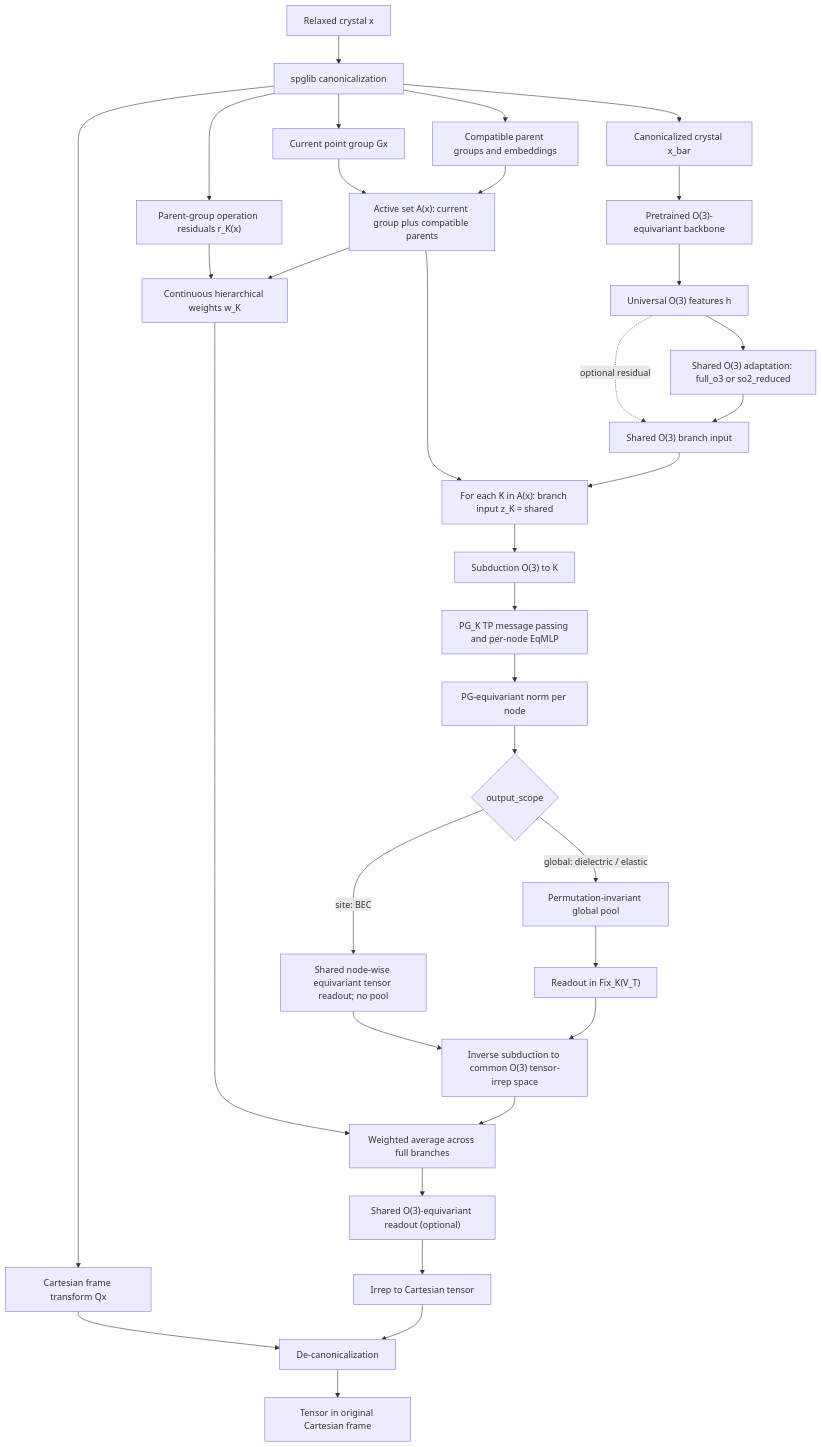
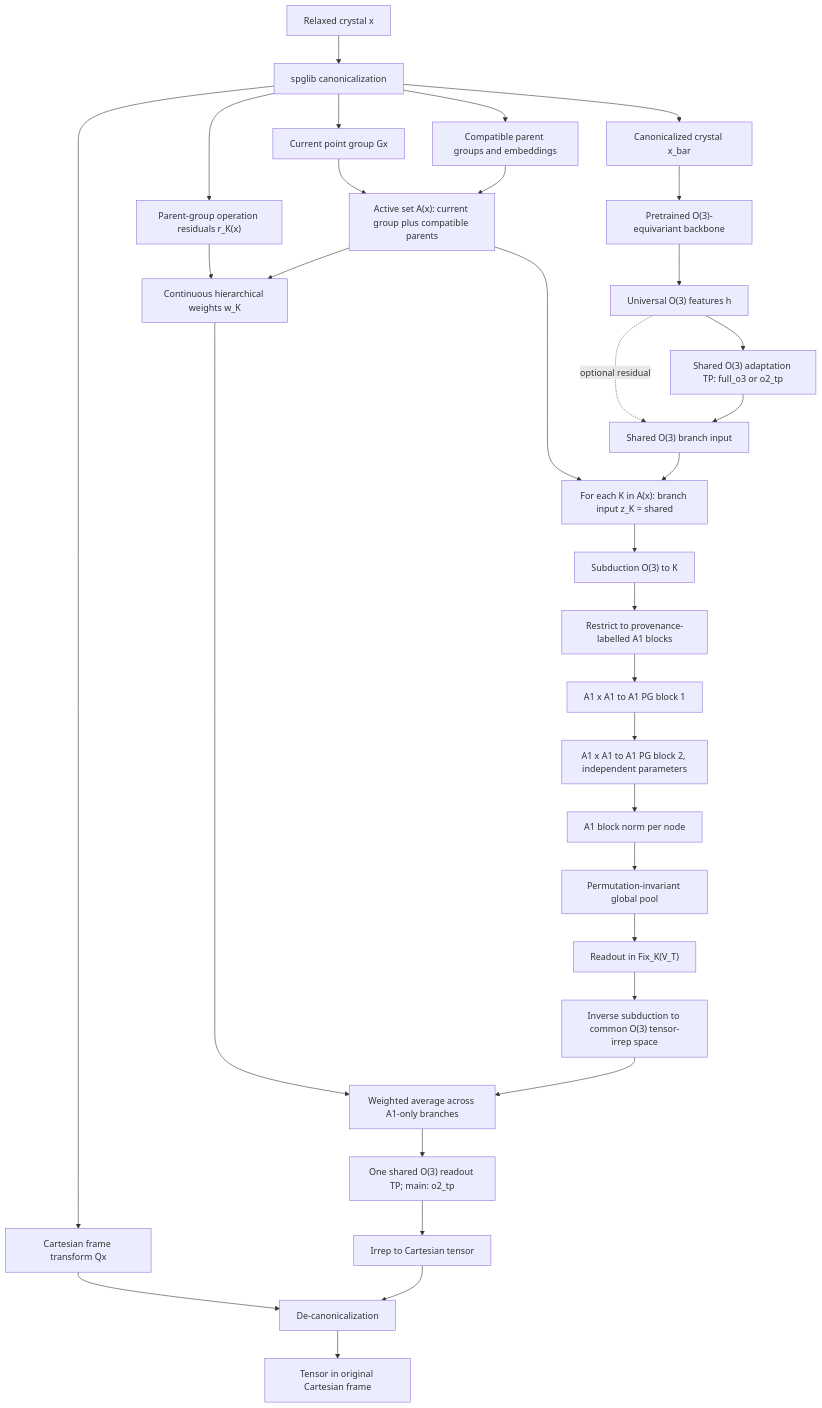
Before and after one commit to Mingzhe-Xuan/expert: the first of 2 diagrams in proposal.md, drawn with Mermaid. The commit also changed other lines of this file and 44 other files, not shown here.

````diff
--- a/proposal.md
+++ b/proposal.md
@@ -1127,41 +1137,40 @@
 ```mermaid
 flowchart TD
     X["Relaxed crystal x"] --> C["spglib canonicalization"]
     C --> G["Current point group Gx"]
     C --> A["Compatible parent groups and embeddings"]
     C --> RES["Parent-group operation residuals r_K(x)"]
     C --> Q["Cartesian frame transform Qx"]
     C --> XC["Canonicalized crystal x_bar"]
 
     XC --> B["Pretrained O(3)-equivariant backbone"]
     B --> H["Universal O(3) features h"]
 
-    H --> SH["Shared O(3) adaptation: full_o3 or so2_reduced"]
+    H --> SH["Shared O(3) adaptation TP: full_o3 or o2_tp"]
     H -. optional residual .-> BASE["Shared O(3) branch input"]
     SH --> BASE
 
     G --> SET["Active set A(x): current group plus compatible parents"]
     A --> SET
     SET --> ZK["For each K in A(x): branch input z_K = shared"]
     BASE --> ZK
 
     ZK --> SUBK["Subduction O(3) to K"]
-    SUBK --> PGK["PG_K TP message passing and per-node EqMLP"]
-    PGK --> NORMK["PG-equivariant norm per node"]
-    NORMK --> SCOPE{"output_scope"}
-    SCOPE -->|global: dielectric / elastic| POOLK["Permutation-invariant global pool"]
+    SUBK --> A1K["Restrict to provenance-labelled A1 blocks"]
+    A1K --> PGK1["A1 x A1 to A1 PG block 1"]
+    PGK1 --> PGK2["A1 x A1 to A1 PG block 2, independent parameters"]
+    PGK2 --> NORMK["A1 block norm per node"]
+    NORMK --> POOLK["Permutation-invariant global pool"]
     POOLK --> FIXK["Readout in Fix_K(V_T)"]
-    SCOPE -->|site: BEC| NODEK["Shared node-wise equivariant tensor readout; no pool"]
-    NODEK --> LIFT
     FIXK --> LIFT["Inverse subduction to common O(3) tensor-irrep space"]
 
     RES --> W["Continuous hierarchical weights w_K"]
     SET --> W
-    W --> MIX["Weighted average across full branches"]
+    W --> MIX["Weighted average across A1-only branches"]
     LIFT --> MIX
-    MIX --> O3RO["Shared O(3)-equivariant readout (optional)"]
+    MIX --> O3RO["One shared O(3) readout TP; main: o2_tp"]
     O3RO --> CART["Irrep to Cartesian tensor"]
     Q --> DEC["De-canonicalization"]
     CART --> DEC
     DEC --> OUT["Tensor in original Cartesian frame"]
 ```
````
